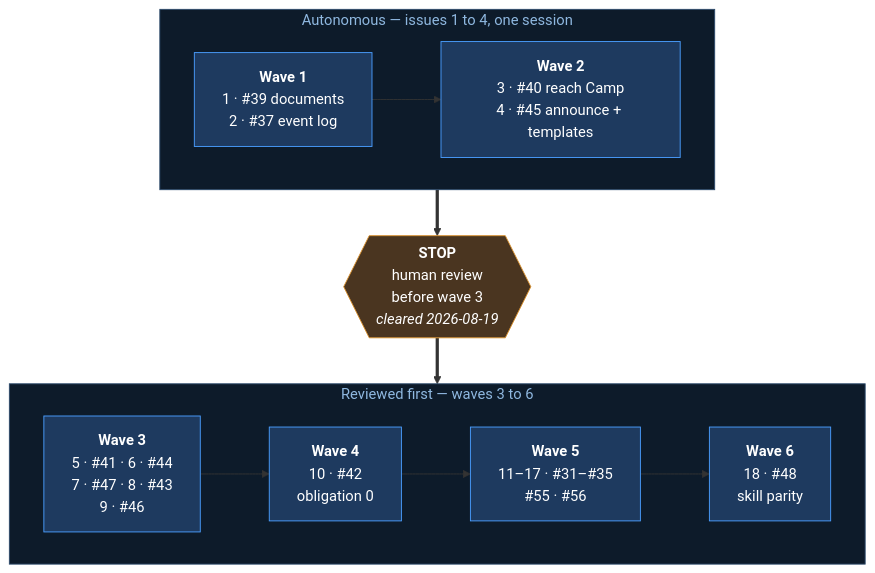
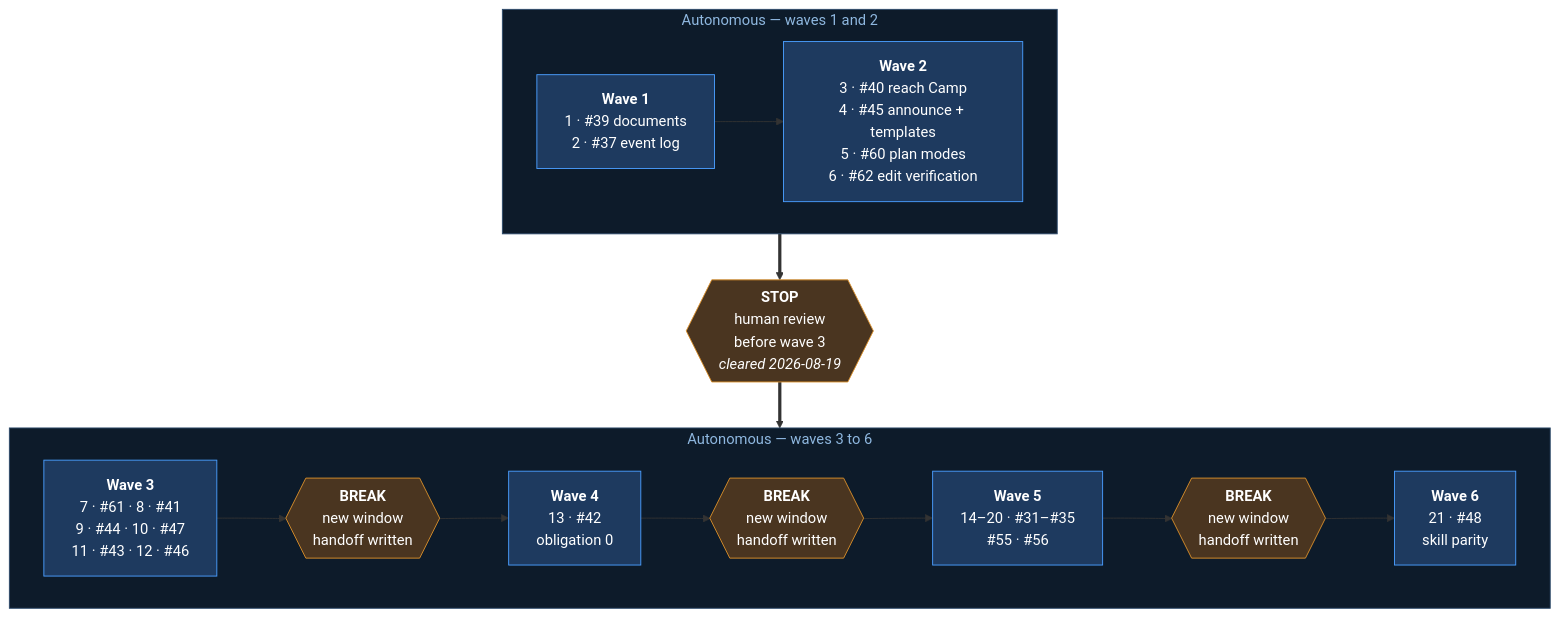
The third of 3 diagrams in docs/arc-log/arc-03-camp.md (Calyx-Engineering/arc), drawn with Mermaid before and after one commit. The commit also changed other lines of this file, not shown here.

First line of the commit message:
docs: state the arc's approval mode and where a window breaks (#60)

````diff
--- a/docs/arc-log/arc-03-camp.md
+++ b/docs/arc-log/arc-03-camp.md
@@ -154,21 +161,24 @@
 ```mermaid
 flowchart TB
-    subgraph A[" Autonomous — issues 1 to 4, one session "]
+    subgraph A[" Autonomous — waves 1 and 2 "]
         direction LR
-        W1["<b>Wave 1</b><br/>1 · #39 documents<br/>2 · #37 event log"] --> W2["<b>Wave 2</b><br/>3 · #40 reach Camp<br/>4 · #45 announce + templates"]
+        W1["<b>Wave 1</b><br/>1 · #39 documents<br/>2 · #37 event log"] --> W2["<b>Wave 2</b><br/>3 · #40 reach Camp<br/>4 · #45 announce + templates<br/>5 · #60 plan modes<br/>6 · #62 edit verification"]
     end
     A ==> STOP{{"<b>STOP</b><br/>human review<br/>before wave 3<br/><i>cleared 2026-08-19</i>"}}
-    subgraph B[" Reviewed first — waves 3 to 6 "]
+    subgraph B[" Autonomous — waves 3 to 6 "]
         direction LR
-        W3["<b>Wave 3</b><br/>5 · #41 · 6 · #44<br/>7 · #47 · 8 · #43<br/>9 · #46"] --> W4["<b>Wave 4</b><br/>10 · #42<br/>obligation 0"]
-        W4 --> W5["<b>Wave 5</b><br/>11–17 · #31–#35<br/>#55 · #56"]
-        W5 --> W6["<b>Wave 6</b><br/>18 · #48<br/>skill parity"]
+        W3["<b>Wave 3</b><br/>7 · #61 · 8 · #41<br/>9 · #44 · 10 · #47<br/>11 · #43 · 12 · #46"] --> BR3{{"<b>BREAK</b><br/>new window<br/>handoff written"}}
+        BR3 --> W4["<b>Wave 4</b><br/>13 · #42<br/>obligation 0"]
+        W4 --> BR4{{"<b>BREAK</b><br/>new window<br/>handoff written"}}
+        BR4 --> W5["<b>Wave 5</b><br/>14–20 · #31–#35<br/>#55 · #56"]
+        W5 --> BR5{{"<b>BREAK</b><br/>new window<br/>handoff written"}}
+        BR5 --> W6["<b>Wave 6</b><br/>21 · #48<br/>skill parity"]
     end
     STOP ==> B
     classDef n fill:#1e3a5f,stroke:#4a9eff,color:#fff
     classDef s fill:#4a3520,stroke:#d98f2b,color:#fff
     class W1,W2,W3,W4,W5,W6 n
-    class STOP s
+    class STOP,BR3,BR4,BR5 s
     style A fill:#0d1b2a,stroke:#2c4a6b,color:#8fb8e0
     style B fill:#0d1b2a,stroke:#2c4a6b,color:#8fb8e0
 ```
````
